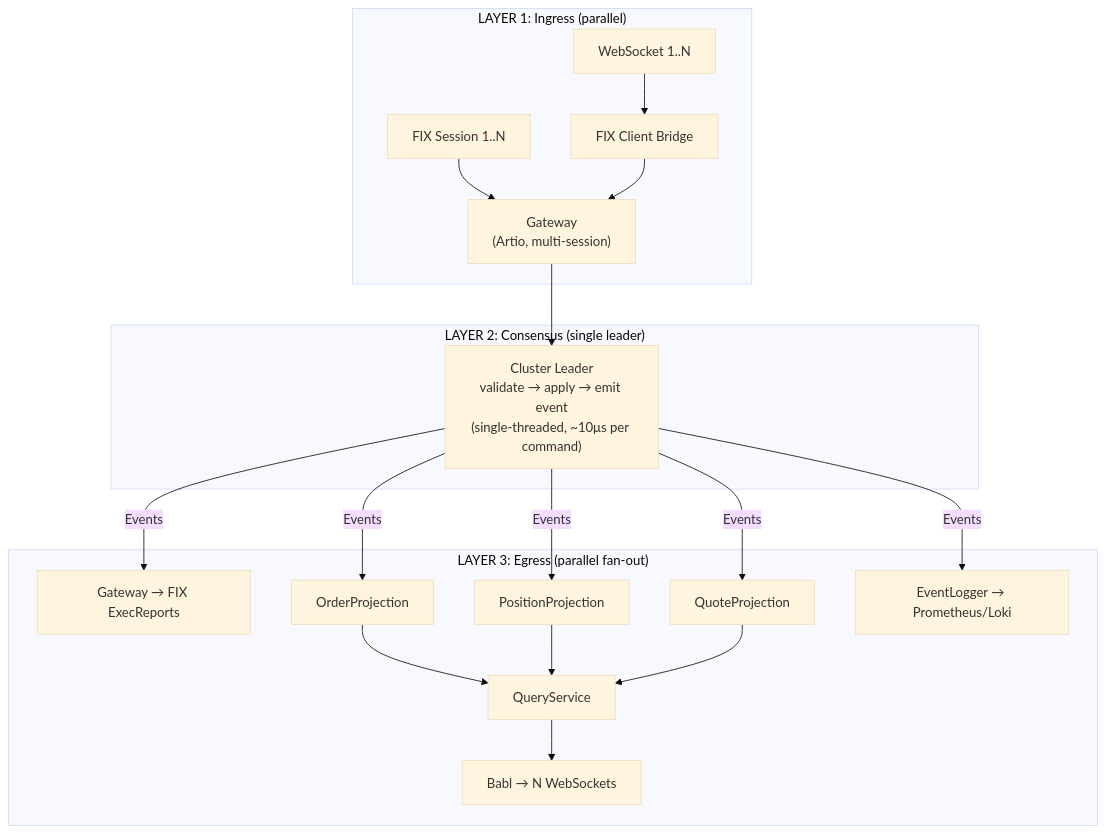
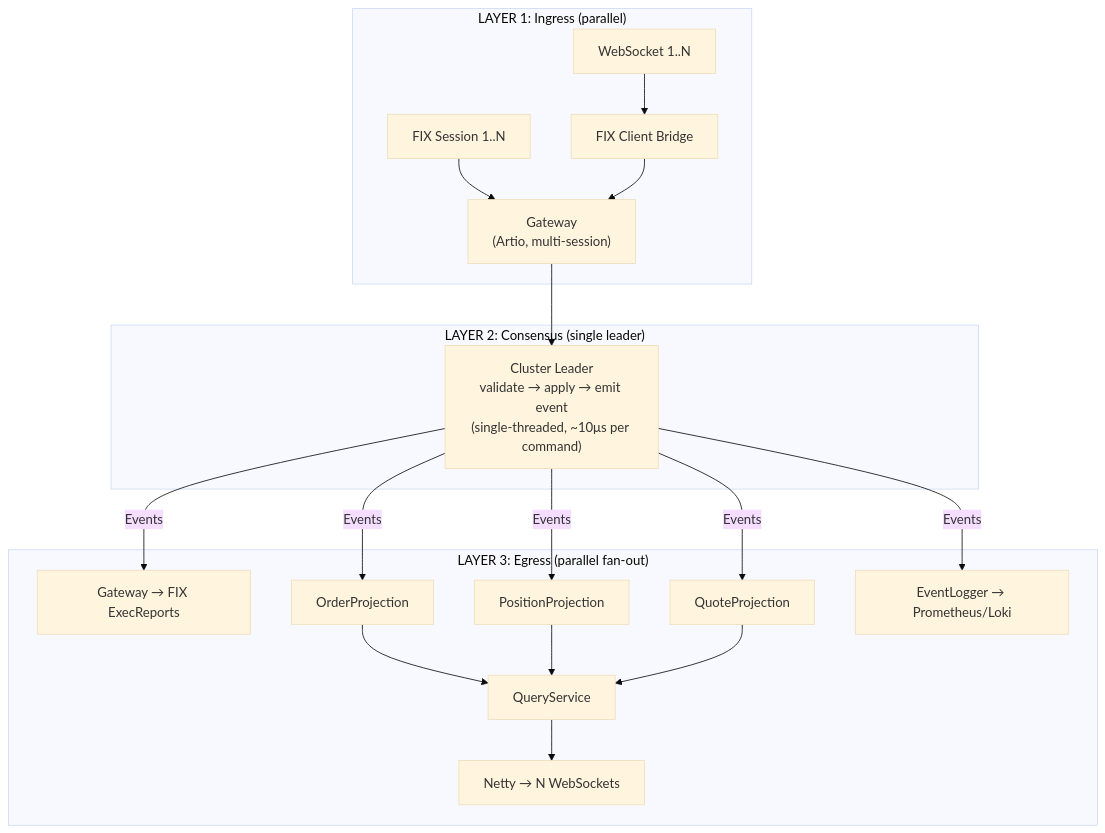
Before and after one commit to jsohi/app-trading-engine: the second of 3 diagrams in docs/cluster.md, drawn with Mermaid (base theme). The commit also changed other lines of this file and 11 other files, not shown here.

First line of the commit message:
APP-35: rename Babl → Netty across all design docs + add websocket architecture doc

````diff
--- a/docs/cluster.md
+++ b/docs/cluster.md
@@ -29,24 +29,24 @@
 ```mermaid
 graph TD
     subgraph Layer1["LAYER 1: Ingress (parallel)"]
         FIX1["FIX Session 1..N"] --> GW["Gateway<br/>(Artio, multi-session)"]
         WS1["WebSocket 1..N"] --> Bridge["FIX Client Bridge"]
         Bridge --> GW
     end
 
     subgraph Layer2["LAYER 2: Consensus (single leader)"]
         GW --> Leader["Cluster Leader<br/>validate → apply → emit event<br/>(single-threaded, ~10μs per command)"]
     end
 
     subgraph Layer3["LAYER 3: Egress (parallel fan-out)"]
         Leader -- "Events" --> GW2["Gateway → FIX ExecReports"]
         Leader -- "Events" --> OP["OrderProjection"]
         Leader -- "Events" --> PP["PositionProjection"]
         Leader -- "Events" --> QP["QuoteProjection"]
         Leader -- "Events" --> EL["EventLogger → Prometheus/Loki"]
         OP --> QS["QueryService"]
         PP --> QS
         QP --> QS
-        QS --> Babl["Babl → N WebSockets"]
+        QS --> Netty["Netty → N WebSockets"]
     end
 ```
````
